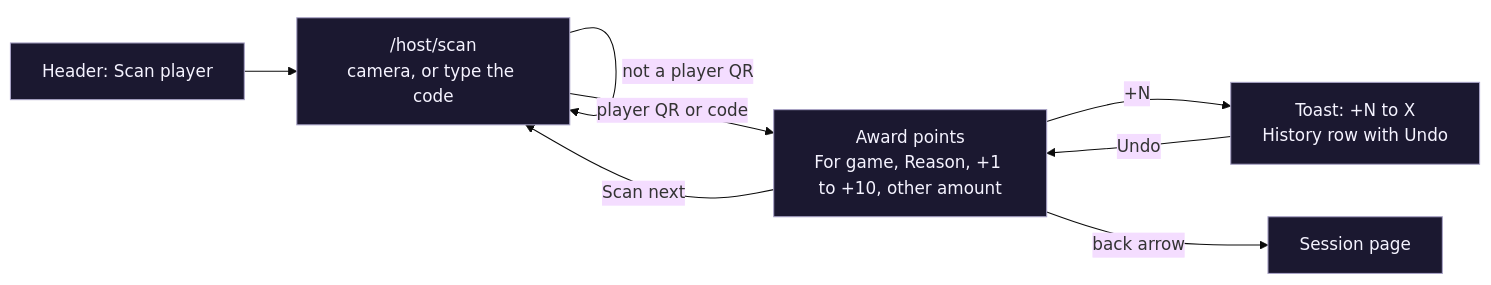
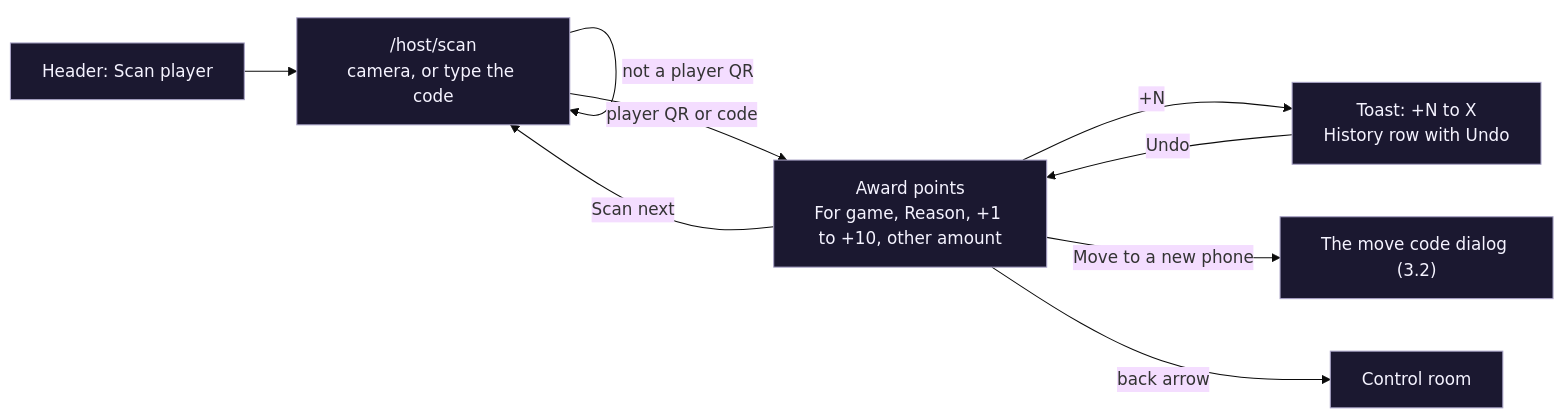
One commit to NicolaiLassen/hurra changed the eighth of 14 diagrams in docs/user-flows.md. Above: the diagram before and after it, drawn with Mermaid (base theme). The commit also changed other lines of this file and 36 other files, not shown here.

````diff
--- a/docs/user-flows.md
+++ b/docs/user-flows.md
@@ -232,12 +274,13 @@
 ```mermaid
 flowchart LR
   classDef screen fill:#1b1830,stroke:#a9a3c7,color:#f5f3ff
 
   NAV["Header: Scan player"]:::screen --> SCAN["/host/scan<br/>camera, or type the code"]:::screen
   SCAN -- "not a player QR" --> SCAN
   SCAN -- "player QR or code" --> AWARD["Award points<br/>For game, Reason, +1 to +10, other amount"]:::screen
   AWARD -- "+N" --> DONE["Toast: +N to X<br/>History row with Undo"]:::screen
   DONE -- "Undo" --> AWARD
   AWARD -- "Scan next" --> SCAN
-  AWARD -- "back arrow" --> SP["Session page"]:::screen
+  AWARD -- "Move to a new phone" --> MOVE["The move code dialog (3.2)"]:::screen
+  AWARD -- "back arrow" --> SP["Control room"]:::screen
 ```
````
